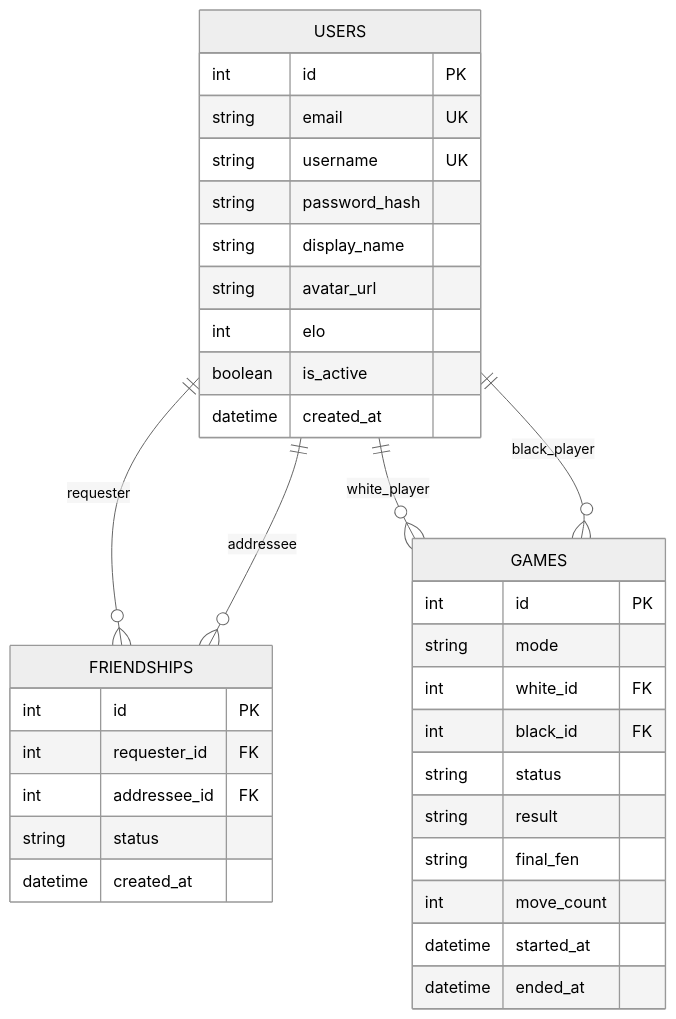
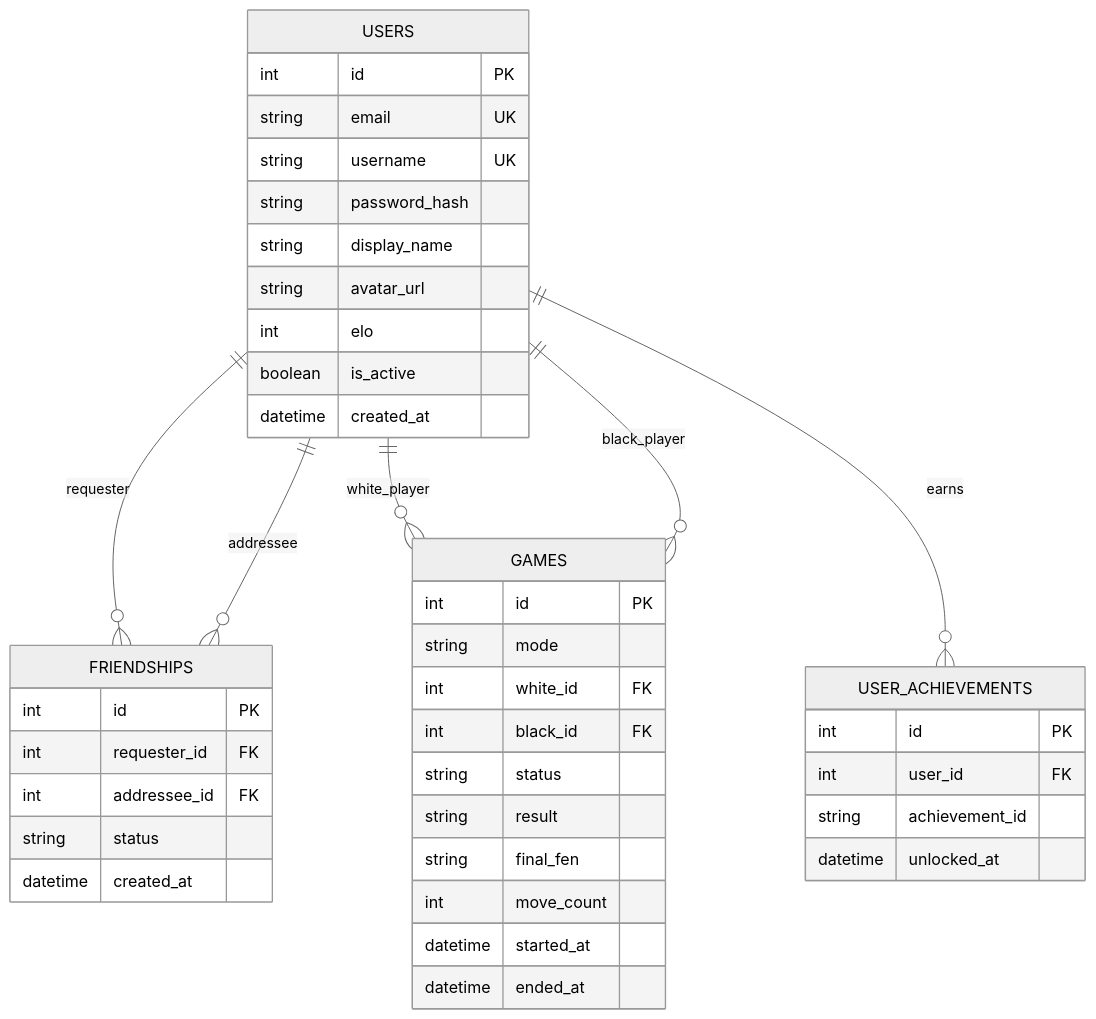
Before and after one commit to DavidY343/FT_TRANSCENDANCE: the diagram in README.md, drawn with Mermaid (neutral theme). The commit also changed other lines of this file and 7 other files, not shown here.

````diff
--- a/README.md
+++ b/README.md
@@ -77,38 +77,45 @@
 ```mermaid
 erDiagram
     USERS ||--o{ FRIENDSHIPS : "requester"
     USERS ||--o{ FRIENDSHIPS : "addressee"
     USERS ||--o{ GAMES : "white_player"
     USERS ||--o{ GAMES : "black_player"
+    USERS ||--o{ USER_ACHIEVEMENTS : "earns"
 
     USERS {
         int id PK
         string email UK
         string username UK
         string password_hash
         string display_name
         string avatar_url
         int elo
         boolean is_active
         datetime created_at
     }
     FRIENDSHIPS {
         int id PK
         int requester_id FK
         int addressee_id FK
         string status
         datetime created_at
     }
     GAMES {
         int id PK
         string mode
         int white_id FK
         int black_id FK
         string status
         string result
         string final_fen
         int move_count
         datetime started_at
         datetime ended_at
     }
+    USER_ACHIEVEMENTS {
+        int id PK
+        int user_id FK
+        string achievement_id
+        datetime unlocked_at
+    }
 ```
````
